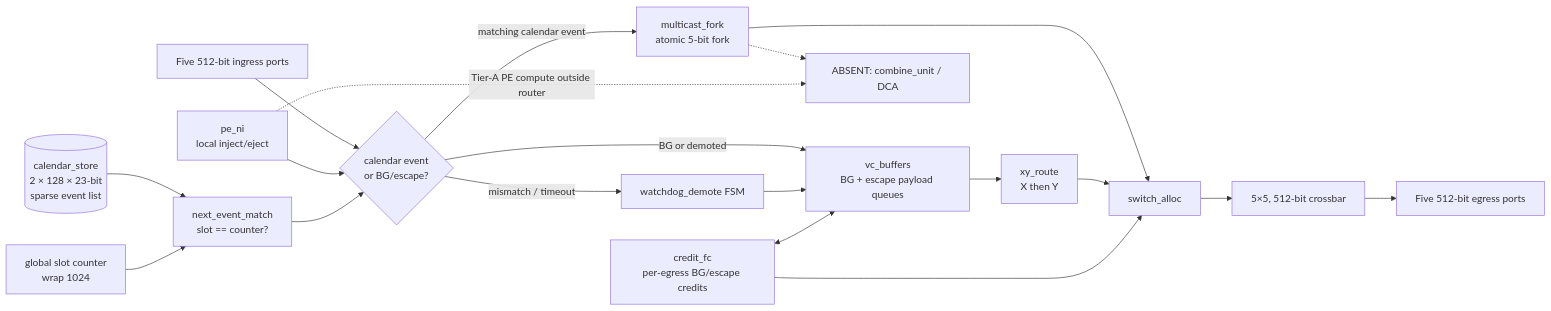
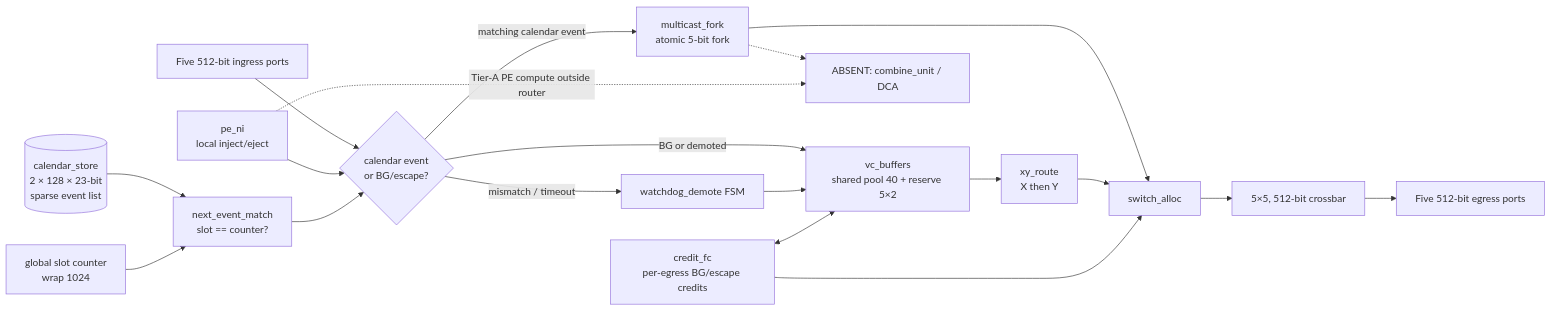
The diagram in docs/phase-2-architecture/architecture.md (lukebest/booksim2), drawn with Mermaid before and after one commit. The commit also changed other lines of this file and 30 other files, not shown here.

First line of the commit message:
dse: Trial 4 Arch-A4 SharedPool-BG — area 0.822×

````diff
--- a/docs/phase-2-architecture/architecture.md
+++ b/docs/phase-2-architecture/architecture.md
@@ -22,24 +20,24 @@
 ```mermaid
 flowchart LR
   mesh_in[Five 512-bit ingress ports] --> classify{calendar event<br/>or BG/escape?}
   pe_ni[pe_ni<br/>local inject/eject] --> classify
   slot_ctr[global slot counter<br/>wrap 1024]
   calendar_store[(calendar_store<br/>2 × 128 × 23-bit<br/>sparse event list)]
   calendar_store --> next_match[next_event_match<br/>slot == counter?]
   slot_ctr --> next_match
   next_match --> classify
   classify -->|matching calendar event| multicast_fork[multicast_fork<br/>atomic 5-bit fork]
   multicast_fork --> switch_alloc[switch_alloc]
-  classify -->|BG or demoted| vc_buffers[vc_buffers<br/>BG + escape payload queues]
+  classify -->|BG or demoted| vc_buffers[vc_buffers<br/>shared pool 40 + reserve 5×2]
   vc_buffers --> xy_route[xy_route<br/>X then Y]
   xy_route --> switch_alloc
   classify -->|mismatch / timeout| watchdog_demote[watchdog_demote FSM]
   watchdog_demote --> vc_buffers
   switch_alloc --> crossbar[5×5, 512-bit crossbar]
   crossbar --> mesh_out[Five 512-bit egress ports]
   credit_fc[credit_fc<br/>per-egress BG/escape credits] <--> vc_buffers
   credit_fc --> switch_alloc
   absent[ABSENT: combine_unit / DCA]
   multicast_fork -.-> absent
   pe_ni -.->|Tier-A PE compute outside router| absent
 ```
````
